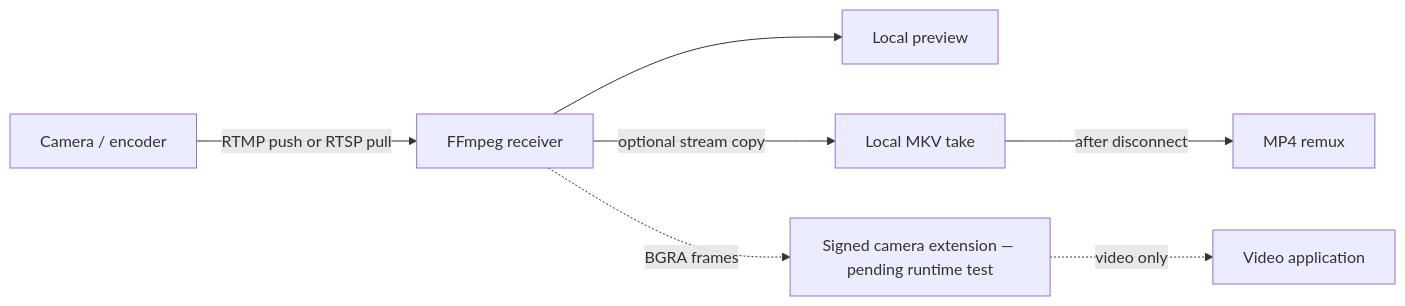
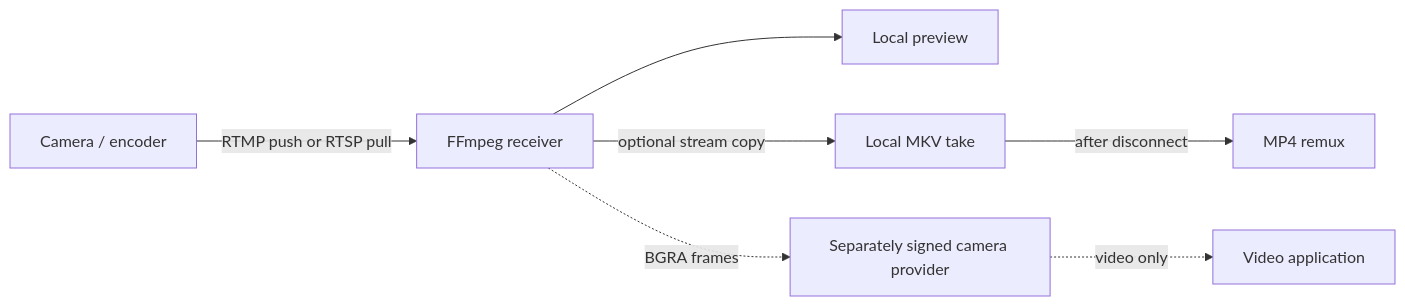
One commit to thatsarpit/FrameRelay changed the diagram in README.md. Above: the diagram before and after it, drawn with Mermaid. The commit also changed other lines of this file and 10 other files, not shown here.

Commit message:
Add independently signed webcam provider bridge and verification harness

````diff
--- a/README.md
+++ b/README.md
@@ -86,9 +86,9 @@
 ```mermaid
 flowchart LR
     Camera[Camera / encoder] -->|RTMP push or RTSP pull| Engine[FFmpeg receiver]
     Engine --> Preview[Local preview]
     Engine -->|optional stream copy| MKV[Local MKV take]
     MKV -->|after disconnect| MP4[MP4 remux]
-    Engine -. BGRA frames .-> Extension[Signed camera extension — pending runtime test]
+    Engine -. BGRA frames .-> Extension[Separately signed camera provider]
     Extension -. video only .-> Client[Video application]
 ```
````
